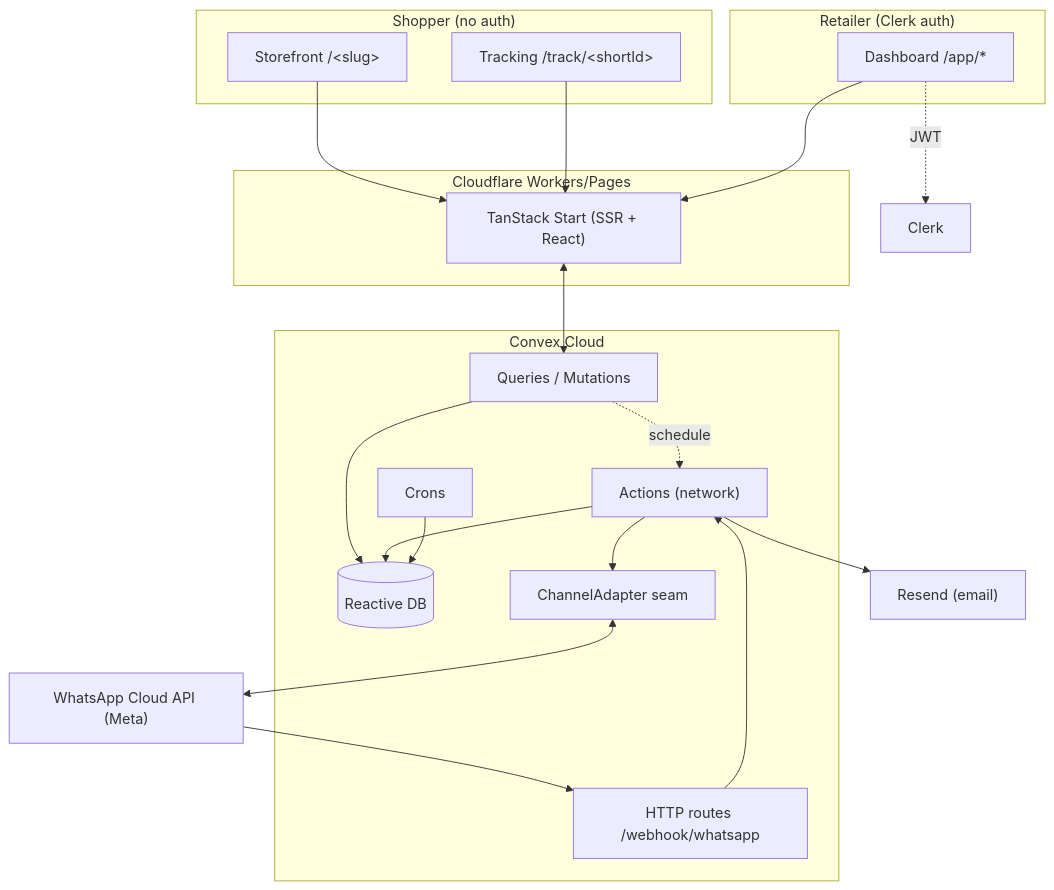
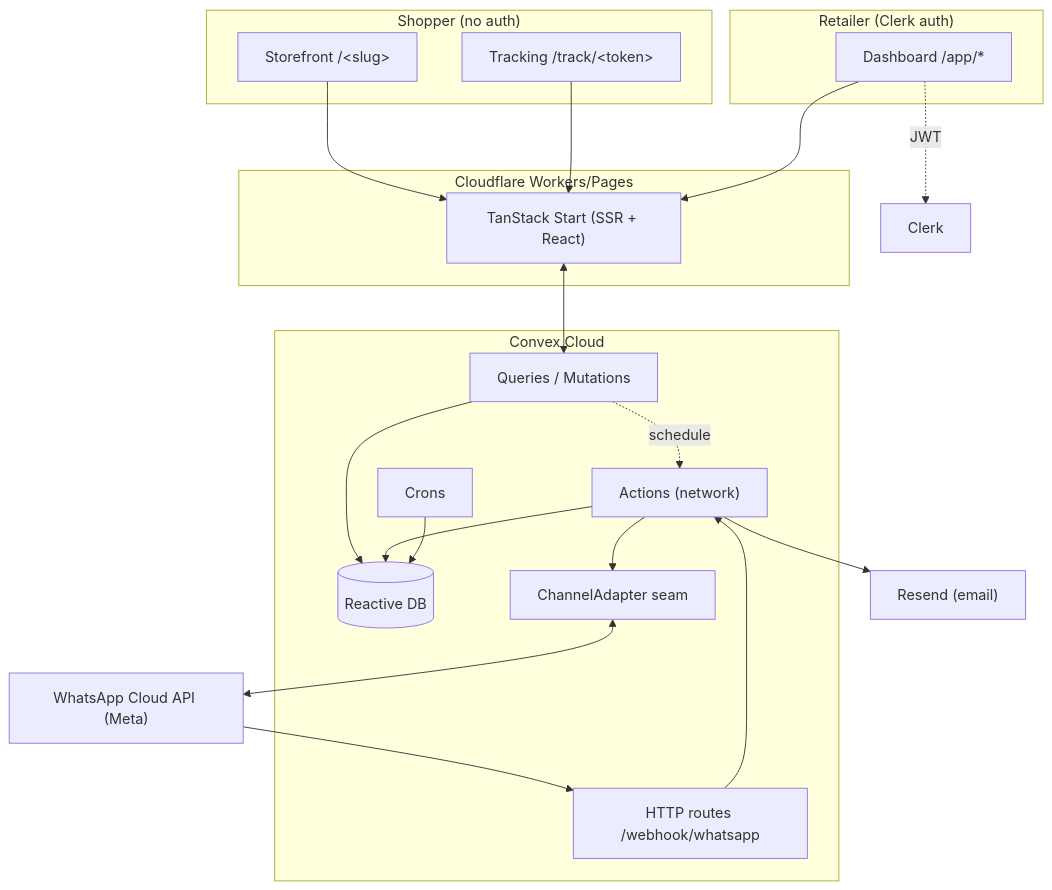
Before and after one commit to Kedaipal/kedaipal: the diagram in docs/onboarding.md, drawn with Mermaid. The commit also changed other lines of this file and 10 other files, not shown here.

````diff
--- a/docs/onboarding.md
+++ b/docs/onboarding.md
@@ -28,37 +28,37 @@
 ```mermaid
 flowchart TB
     subgraph Shopper["Shopper (no auth)"]
         SF["Storefront /&lt;slug&gt;"]
-        TRK["Tracking /track/&lt;shortId&gt;"]
+        TRK["Tracking /track/&lt;token&gt;"]
     end
     subgraph Retailer["Retailer (Clerk auth)"]
         DASH["Dashboard /app/*"]
     end
     subgraph Edge["Cloudflare Workers/Pages"]
         TS["TanStack Start (SSR + React)"]
     end
     subgraph Convex["Convex Cloud"]
         FN["Queries / Mutations"]
         ACT["Actions (network)"]
         HTTP["HTTP routes /webhook/whatsapp"]
         CRON["Crons"]
         DB[("Reactive DB")]
         ADP["ChannelAdapter seam"]
     end
     META["WhatsApp Cloud API (Meta)"]
     CLERK["Clerk"]
     RESEND["Resend (email)"]
 
     SF & TRK & DASH --> TS
     TS <--> FN
     DASH -. JWT .-> CLERK
     FN --> DB
     ACT --> DB
     HTTP --> ACT
     FN -. schedule .-> ACT
     ACT --> ADP
     ADP <--> META
     META --> HTTP
     ACT --> RESEND
     CRON --> DB
 ```
````
